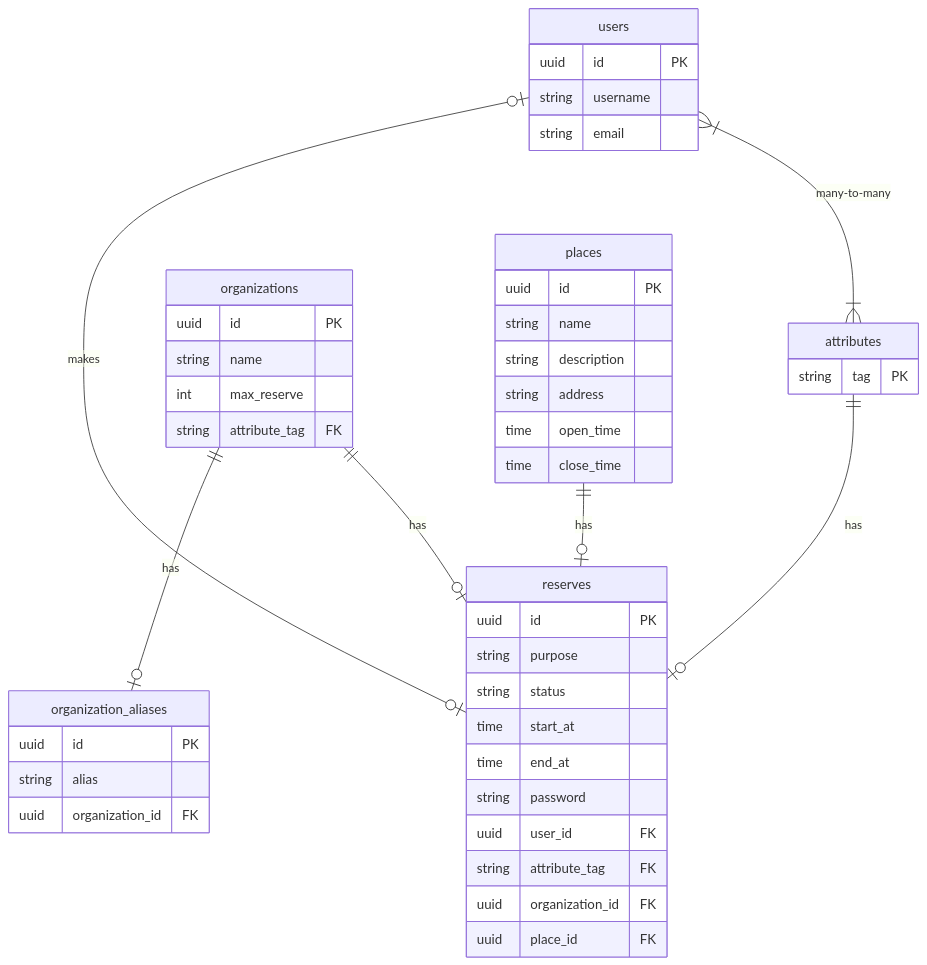
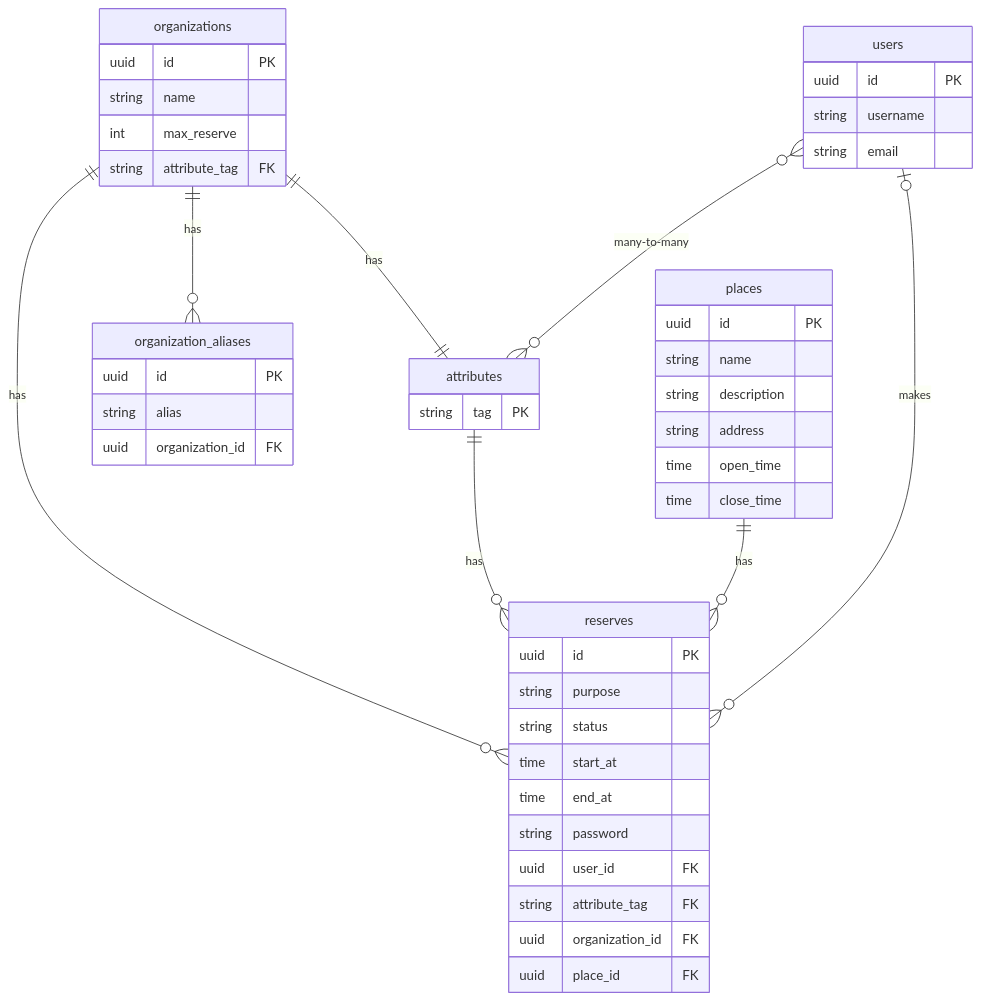
The diagram in database/schema.mermaid (fm2024-solve-sakura/docs), drawn with Mermaid before and after one commit.

Commit message:
fix: db schema

```diff
--- a/database/schema.mermaid
+++ b/database/schema.mermaid
@@ -1,46 +1,47 @@
 erDiagram
     users {
         uuid id PK
         string username
         string email
     }
     attributes {
         string tag PK
     }
     organizations {
         uuid id PK
         string name
         int max_reserve
         string attribute_tag FK
     }
     organization_aliases {
         uuid id PK
         string alias
         uuid organization_id FK
     }
     places {
         uuid id PK
         string name
         string description
         string address
         time open_time
         time close_time
     }
     reserves {
         uuid id PK
         string purpose
         string status
         time start_at
         time end_at
         string password
         uuid user_id FK
         string attribute_tag FK
         uuid organization_id FK
         uuid place_id FK
     }
-    organizations ||--o| organization_aliases : "has"
-    organizations ||--o| reserves : "has"
-    places ||--o| reserves : "has"
-    attributes ||--o| reserves : "has"
-    users |o--o| reserves : "makes"
-    users }|--|{ attributes : "many-to-many"
+    users |o--o{ reserves : "makes"
+    users }o--o{ attributes : "many-to-many"
+    places ||--o{ reserves : "has"
+    attributes ||--o{ reserves : "has"
+    organizations ||--o{ organization_aliases : "has"
+    organizations ||--o{ reserves : "has"
+    organizations ||--|| attributes : "has"
```
